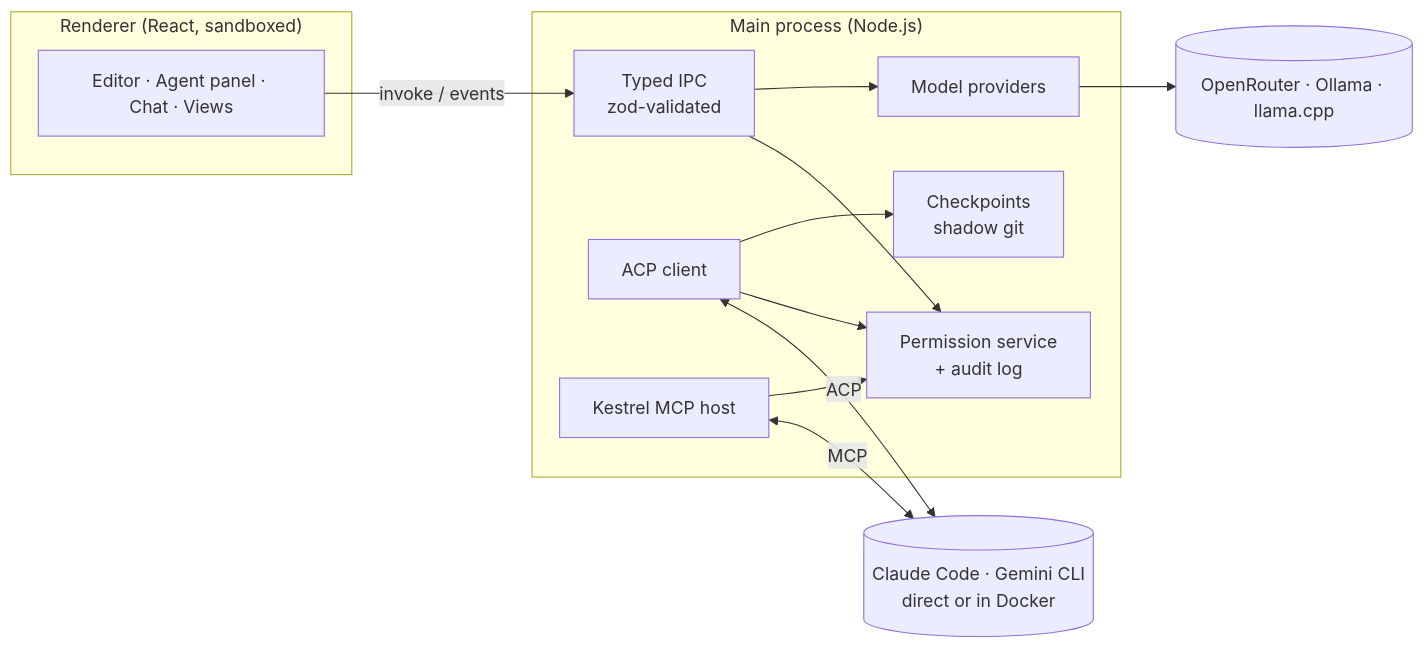
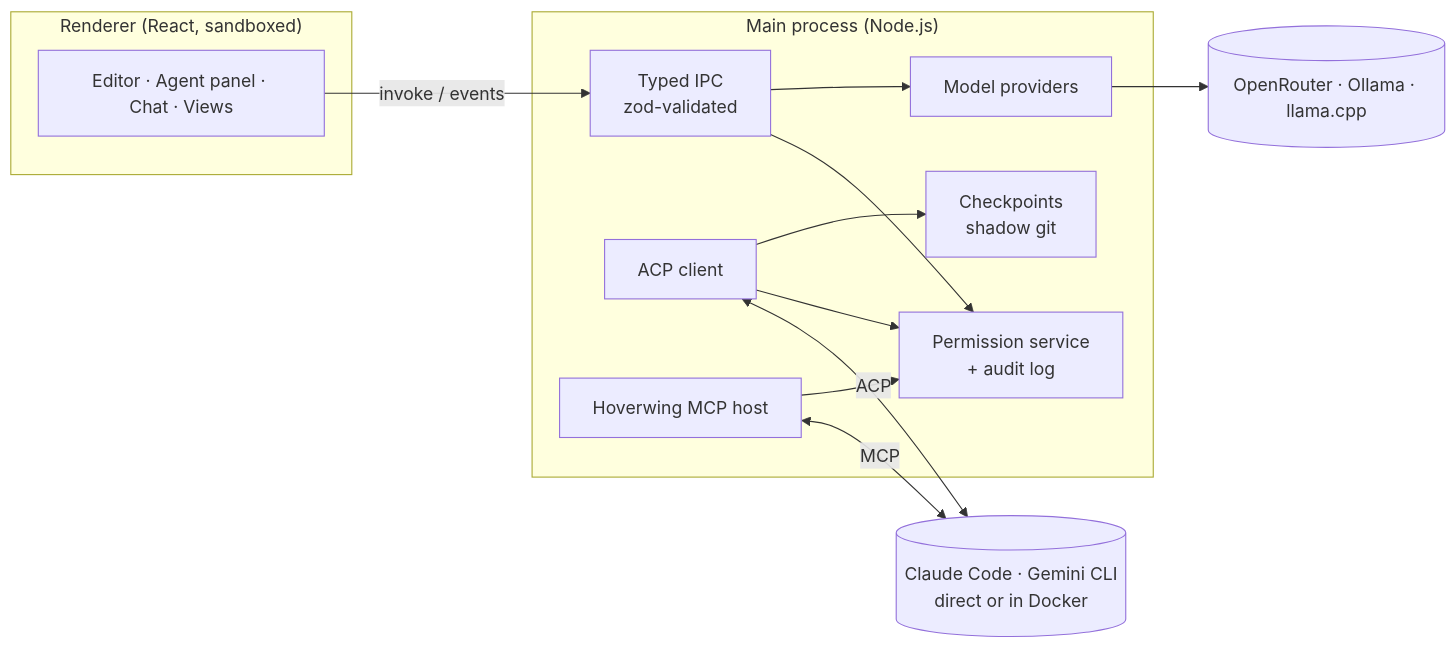
One commit to IlianBurri/Hoverwing-Agent-First-IDE changed the diagram in README.md. Above: the diagram before and after it, drawn with Mermaid. The commit also changed other lines of this file, not shown here.

First line of the commit message:
docs: rewrite the README for Hoverwing with the good-readme checklist

````diff
--- a/README.md
+++ b/README.md
@@ -209,23 +255,23 @@
 ```mermaid
 flowchart LR
   subgraph Renderer["Renderer (React, sandboxed)"]
     UI[Editor · Agent panel · Chat · Views]
   end
   subgraph Main["Main process (Node.js)"]
     IPC[Typed IPC<br/>zod-validated]
     Perm[Permission service<br/>+ audit log]
     Agent[ACP client]
     Prov[Model providers]
-    Host[Kestrel MCP host]
+    Host[Hoverwing MCP host]
     CP[Checkpoints<br/>shadow git]
   end
   UI -- invoke / events --> IPC
   IPC --> Perm
   IPC --> Prov
   Agent <-- ACP --> Agents[(Claude Code · Gemini CLI<br/>direct or in Docker)]
   Agent --> Perm
   Agent --> CP
   Host <-- MCP --> Agents
   Host --> Perm
   Prov --> Models[(OpenRouter · Ollama · llama.cpp)]
 ```
````
